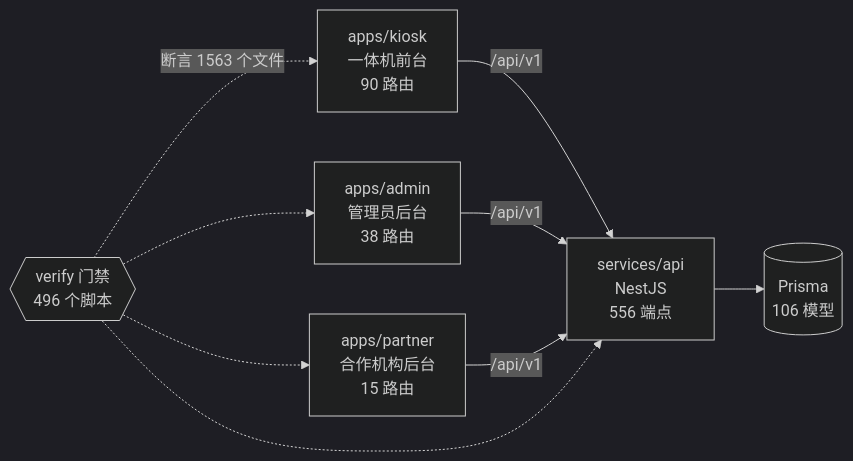
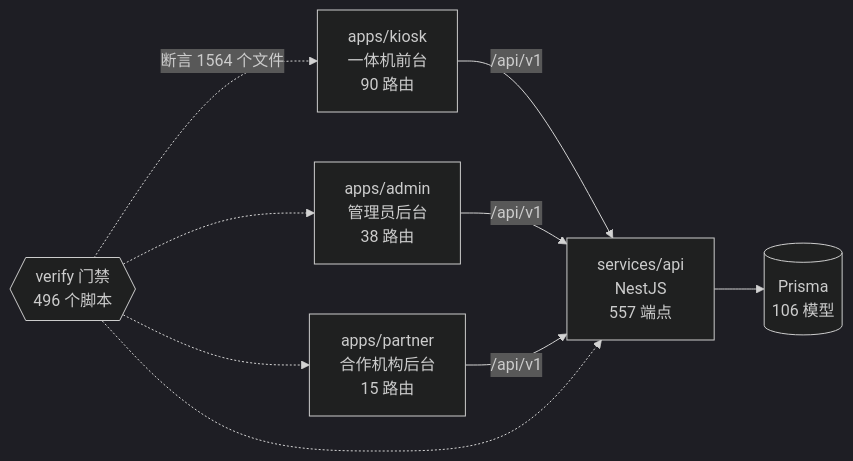
Before and after one commit to wanglei581/YITIJI: the diagram in docs/graph/README.md, drawn with Mermaid (dark theme). The commit also changed other lines of this file and 4 other files, not shown here.

Commit message:
docs(graph): regenerate after C3/C4

````diff
--- a/docs/graph/README.md
+++ b/docs/graph/README.md
@@ -68,18 +68,18 @@
 ```mermaid
 flowchart LR
   kiosk["apps/kiosk<br/>一体机前台<br/>90 路由"]
   admin["apps/admin<br/>管理员后台<br/>38 路由"]
   partner["apps/partner<br/>合作机构后台<br/>15 路由"]
-  api["services/api<br/>NestJS<br/>556 端点"]
+  api["services/api<br/>NestJS<br/>557 端点"]
   db[("Prisma<br/>106 模型")]
   gates{{"verify 门禁<br/>496 个脚本"}}
 
   kiosk -->|"/api/v1"| api
   admin -->|"/api/v1"| api
   partner -->|"/api/v1"| api
   api --> db
-  gates -.->|"断言 1563 个文件"| kiosk
+  gates -.->|"断言 1564 个文件"| kiosk
   gates -.-> admin
   gates -.-> partner
   gates -.-> api
 ```
````
